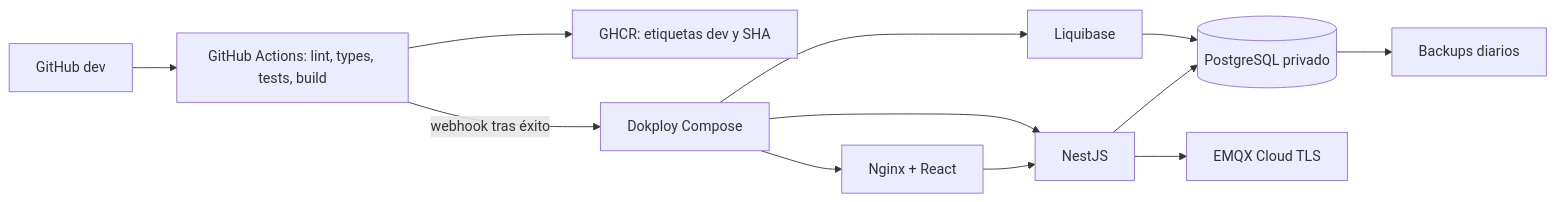
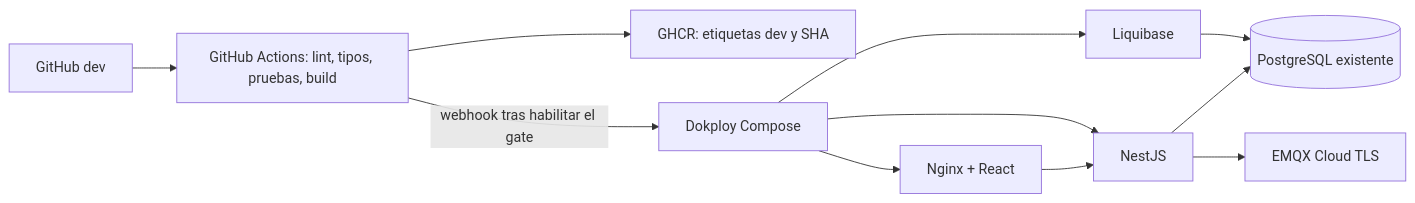
One commit to nataliachala1/smarthome-database changed the diagram in docs/deployment/ARCHITECTURE.md. Above: the diagram before and after it, drawn with Mermaid. The commit also changed other lines of this file and 6 other files, not shown here.

Commit message:
Use the audited existing PostgreSQL service

````diff
--- a/docs/deployment/ARCHITECTURE.md
+++ b/docs/deployment/ARCHITECTURE.md
@@ -16,14 +15,13 @@
 ```mermaid
 flowchart LR
-  GH[GitHub dev] --> CI[GitHub Actions: lint, types, tests, build]
+  GH[GitHub dev] --> CI[GitHub Actions: lint, tipos, pruebas, build]
   CI --> GHCR[GHCR: etiquetas dev y SHA]
-  CI -->|webhook tras éxito| D[Dokploy Compose]
+  CI -->|webhook tras habilitar el gate| D[Dokploy Compose]
   D --> LB[Liquibase]
-  LB --> PG[(PostgreSQL privado)]
+  LB --> PG[(PostgreSQL existente)]
   D --> API[NestJS]
   API --> PG
   API --> MQTT[EMQX Cloud TLS]
   D --> WEB[Nginx + React]
   WEB --> API
-  PG --> BK[Backups diarios]
 ```
````
